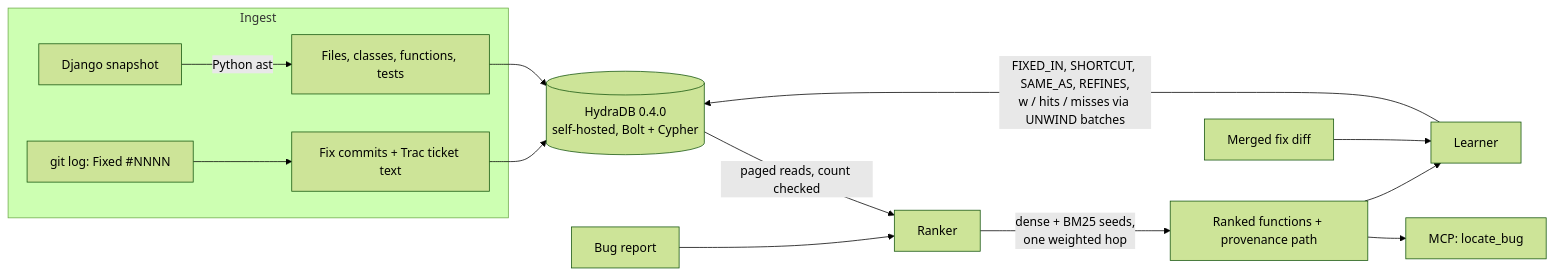
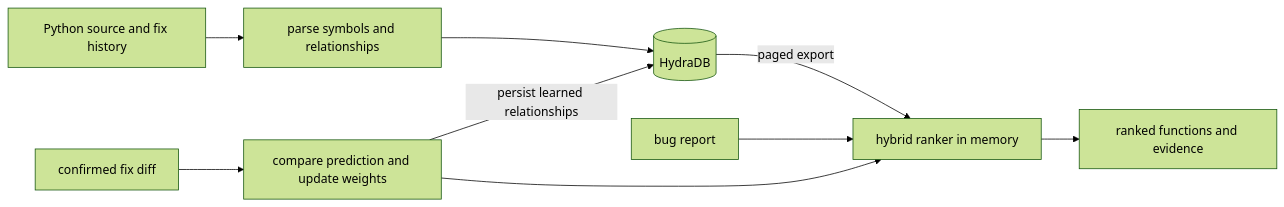
One commit to codebanditssss/repocortex changed the diagram in README.md. Above: the diagram before and after it, drawn with Mermaid (forest theme). The commit also changed other lines of this file, not shown here.

````diff
--- a/README.md
+++ b/README.md
@@ -91,16 +95,11 @@
 ```mermaid
 flowchart LR
-  subgraph Ingest
-    A[Django snapshot] -->|Python ast| B[Files, classes, functions, tests]
-    C["git log: Fixed #NNNN"] --> D[Fix commits + Trac ticket text]
-  end
-  B --> H[(HydraDB 0.4.0<br/>self-hosted, Bolt + Cypher)]
-  D --> H
-  H -->|paged reads, count checked| R[Ranker]
-  Q[Bug report] --> R
-  R -->|dense + BM25 seeds,<br/>one weighted hop| P[Ranked functions + provenance path]
-  P --> M[MCP: locate_bug]
-  F[Merged fix diff] --> L[Learner]
-  P --> L
-  L -->|FIXED_IN, SHORTCUT, SAME_AS, REFINES,<br/>w / hits / misses via UNWIND batches| H
+  source[Python source and fix history] --> build[parse symbols and relationships]
+  build --> db[(HydraDB)]
+  db -->|paged export| ranker[hybrid ranker in memory]
+  report[bug report] --> ranker
+  ranker --> answer[ranked functions and evidence]
+  fix[confirmed fix diff] --> learn[compare prediction and update weights]
+  learn -->|persist learned relationships| db
+  learn --> ranker
 ```
````
